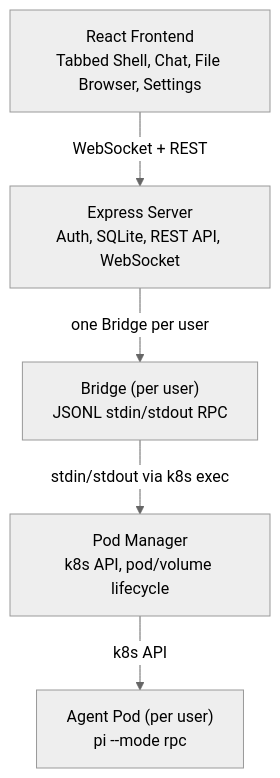
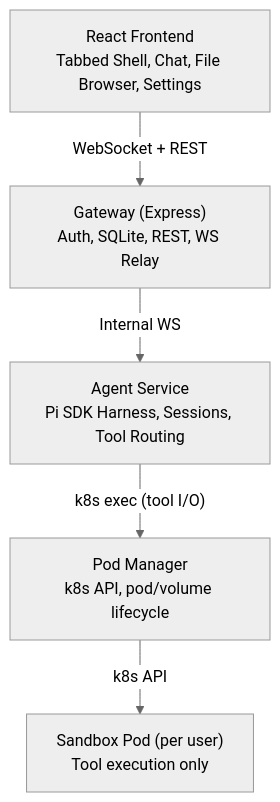
Before and after one commit to sigilmakes/goldilocks-app: the first of 3 diagrams in docs/ARCHITECTURE.md, drawn with Mermaid (neutral theme). The commit also changed other lines of this file and 7 other files, not shown here.

First line of the commit message:
docs: rewrite architecture docs for agent-service topology

````diff
--- a/docs/ARCHITECTURE.md
+++ b/docs/ARCHITECTURE.md
@@ -7,13 +7,13 @@
 ```mermaid
 graph TD
     Browser["React Frontend<br/>Tabbed Shell, Chat, File Browser, Settings"]
-    Express["Express Server<br/>Auth, SQLite, REST API, WebSocket"]
-    Bridge["Bridge (per user)<br/>JSONL stdin/stdout RPC"]
+    Gateway["Gateway (Express)<br/>Auth, SQLite, REST, WS Relay"]
+    AgentService["Agent Service<br/>Pi SDK Harness, Sessions, Tool Routing"]
     PodMgr["Pod Manager<br/>k8s API, pod/volume lifecycle"]
-    Pod["Agent Pod (per user)<br/>pi --mode rpc"]
+    Pod["Sandbox Pod (per user)<br/>Tool execution only"]
 
-    Browser -->|"WebSocket + REST"| Express
-    Express -->|"one Bridge per user"| Bridge
-    Bridge -->|"stdin/stdout via k8s exec"| PodMgr
+    Browser -->|"WebSocket + REST"| Gateway
+    Gateway -->|"Internal WS"| AgentService
+    AgentService -->|"k8s exec (tool I/O)"| PodMgr
     PodMgr -->|"k8s API"| Pod
 ```
````
